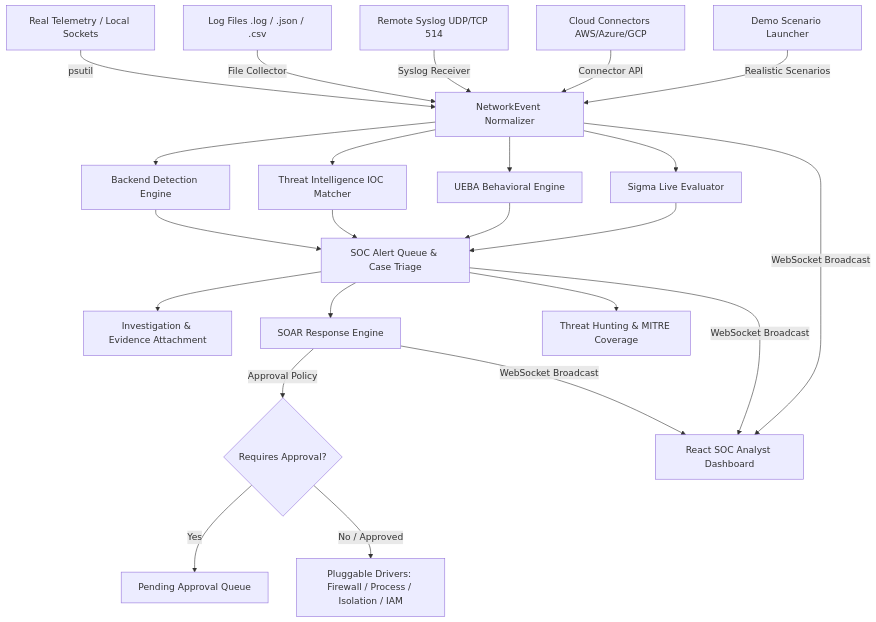
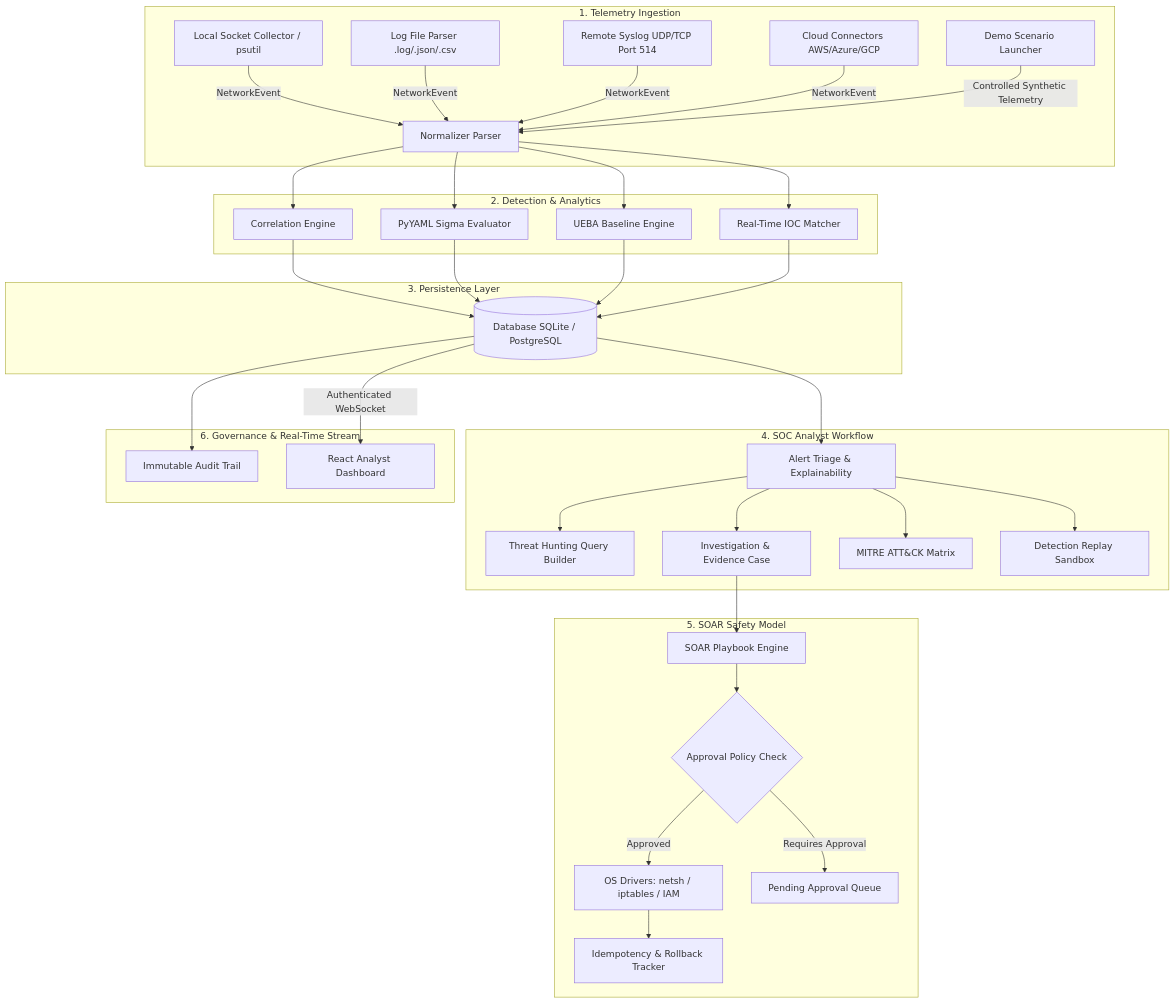
One commit to koppineeedi/NetWatch-Network-Security-Monitoring-Suspicious-Activity-Detection-Platform changed the diagram in README.md. Above: the diagram before and after it, drawn with Mermaid. The commit also changed other lines of this file and 4 other files, not shown here.

Commit message:
docs(portfolio): polish README, add demo script, interview guide, screenshot guide, and architecture Mermaid diagram

````diff
--- a/README.md
+++ b/README.md
@@ -56,30 +69,45 @@
 ```mermaid
 graph TD
-    A[Real Telemetry / Local Sockets] -->|psutil| E[NetworkEvent Normalizer]
-    B[Log Files .log / .json / .csv] -->|File Collector| E
-    C[Remote Syslog UDP/TCP 514] -->|Syslog Receiver| E
-    D[Cloud Connectors AWS/Azure/GCP] -->|Connector API| E
-    DS[Demo Scenario Launcher] -->|Realistic Scenarios| E
+    subgraph Telemetry ["1. Telemetry Ingestion"]
+        A[Local Socket Collector / psutil] -->|NetworkEvent| E[Normalizer Parser]
+        B[Log File Parser .log/.json/.csv] -->|NetworkEvent| E
+        C[Remote Syslog UDP/TCP Port 514] -->|NetworkEvent| E
+        D[Cloud Connectors AWS/Azure/GCP] -->|NetworkEvent| E
+        DS[Demo Scenario Launcher] -->|Controlled Synthetic Telemetry| E
+    end
 
-    E --> F[Backend Detection Engine]
-    E --> G[Threat Intelligence IOC Matcher]
-    E --> H[UEBA Behavioral Engine]
-    E --> I[Sigma Live Evaluator]
+    subgraph Analytics ["2. Detection & Analytics"]
+        E --> F[Correlation Engine]
+        E --> G[PyYAML Sigma Evaluator]
+        E --> H[UEBA Baseline Engine]
+        E --> I[Real-Time IOC Matcher]
+    end
 
-    F --> J[SOC Alert Queue & Case Triage]
-    G --> J
-    H --> J
-    I --> J
+    subgraph Persistence ["3. Persistence Layer"]
+        F --> J[(Database SQLite / PostgreSQL)]
+        G --> J
+        H --> J
+        I --> J
+    end
 
-    J --> K[Investigation & Evidence Attachment]
-    J --> L[SOAR Response Engine]
-    J --> TH[Threat Hunting & MITRE Coverage]
+    subgraph Workflow ["4. SOC Analyst Workflow"]
+        J --> K[Alert Triage & Explainability]
+        K --> L[Threat Hunting Query Builder]
+        K --> M[Investigation & Evidence Case]
+        K --> N[MITRE ATT&CK Matrix]
+        K --> O[Detection Replay Sandbox]
+    end
 
-    L -->|Approval Policy| M{Requires Approval?}
-    M -->|Yes| N[Pending Approval Queue]
-    M -->|No / Approved| O[Pluggable Drivers: Firewall / Process / Isolation / IAM]
+    subgraph Response ["5. SOAR Safety Model"]
+        M --> P[SOAR Playbook Engine]
+        P --> Q{Approval Policy Check}
+        Q -->|Approved| R[OS Drivers: netsh / iptables / IAM]
+        Q -->|Requires Approval| S[Pending Approval Queue]
+        R --> T[Idempotency & Rollback Tracker]
+    end
 
-    E -->|WebSocket Broadcast| P[React SOC Analyst Dashboard]
-    J -->|WebSocket Broadcast| P
-    L -->|WebSocket Broadcast| P
+    subgraph Governance ["6. Governance & Real-Time Stream"]
+        J --> U[Immutable Audit Trail]
+        J -->|Authenticated WebSocket| V[React Analyst Dashboard]
+    end
 ```
````
